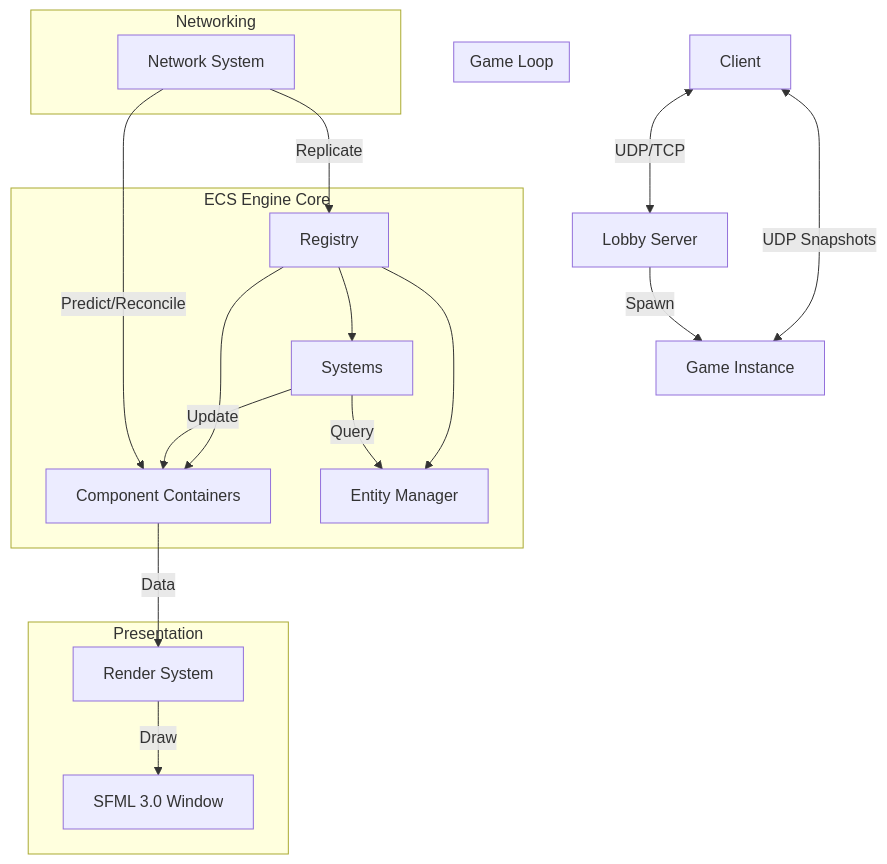
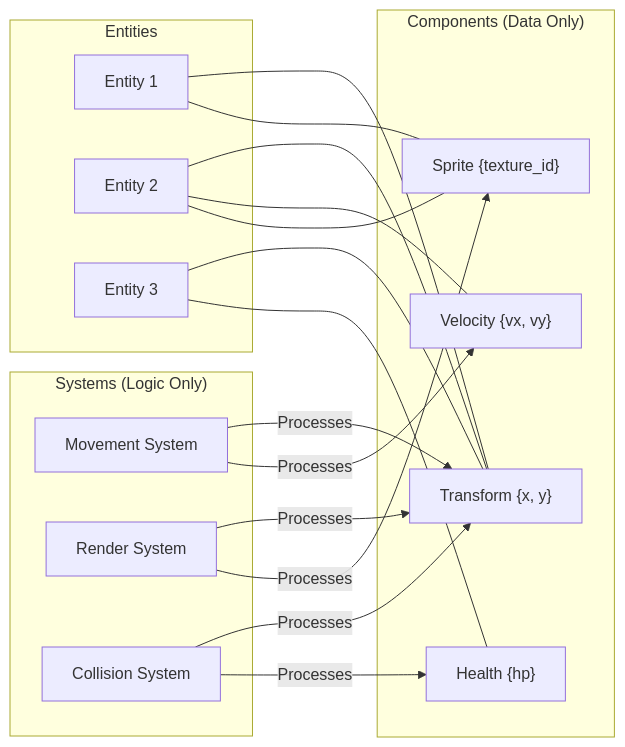
One commit to SimonDelcuze/rtype changed the diagram in README.md. Above: the diagram before and after it, drawn with Mermaid. The commit also changed other lines of this file and 1 other file, not shown here.

````diff
--- a/README.md
+++ b/README.md
@@ -51,27 +53,38 @@
 ```mermaid
-graph TD
-    subgraph "ECS Engine Core"
-        Reg[Registry] --> Comp[Component Containers]
-        Reg --> Sys[Systems]
-        Reg --> Ent[Entity Manager]
+graph LR
+    subgraph "Entities"
+        E1[Entity 1]
+        E2[Entity 2]
+        E3[Entity 3]
     end
 
-    subgraph "Game Loop"
-        Sys -->|Update| Comp
-        Sys -->|Query| Ent
+    subgraph "Components (Data Only)"
+        C1["Transform {x, y}"]
+        C2["Velocity {vx, vy}"]
+        C3["Sprite {texture_id}"]
+        C4["Health {hp}"]
     end
 
-    subgraph "Networking"
-        Net[Network System] -->|Replicate| Reg
-        Net -->|Predict/Reconcile| Comp
+    subgraph "Systems (Logic Only)"
+        S1[Movement System]
+        S2[Render System]
+        S3[Collision System]
     end
 
-    subgraph "Presentation"
-        Render[Render System] -->|Draw| SFML[SFML 3.0 Window]
-        Comp -->|Data| Render
-    end
+    E1 --- C1
+    E1 --- C3
+    
+    E2 --- C1
+    E2 --- C2
+    E2 --- C3
+    
+    E3 --- C1
+    E3 --- C4
 
-    Client[Client] <-->|UDP/TCP| Lobby[Lobby Server]
-    Client <-->|UDP Snapshots| Game[Game Instance]
-    Lobby -->|Spawn| Game
+    S1 -->|Processes| C1
+    S1 -->|Processes| C2
+    S2 -->|Processes| C1
+    S2 -->|Processes| C3
+    S3 -->|Processes| C1
+    S3 -->|Processes| C4
 ```
````
